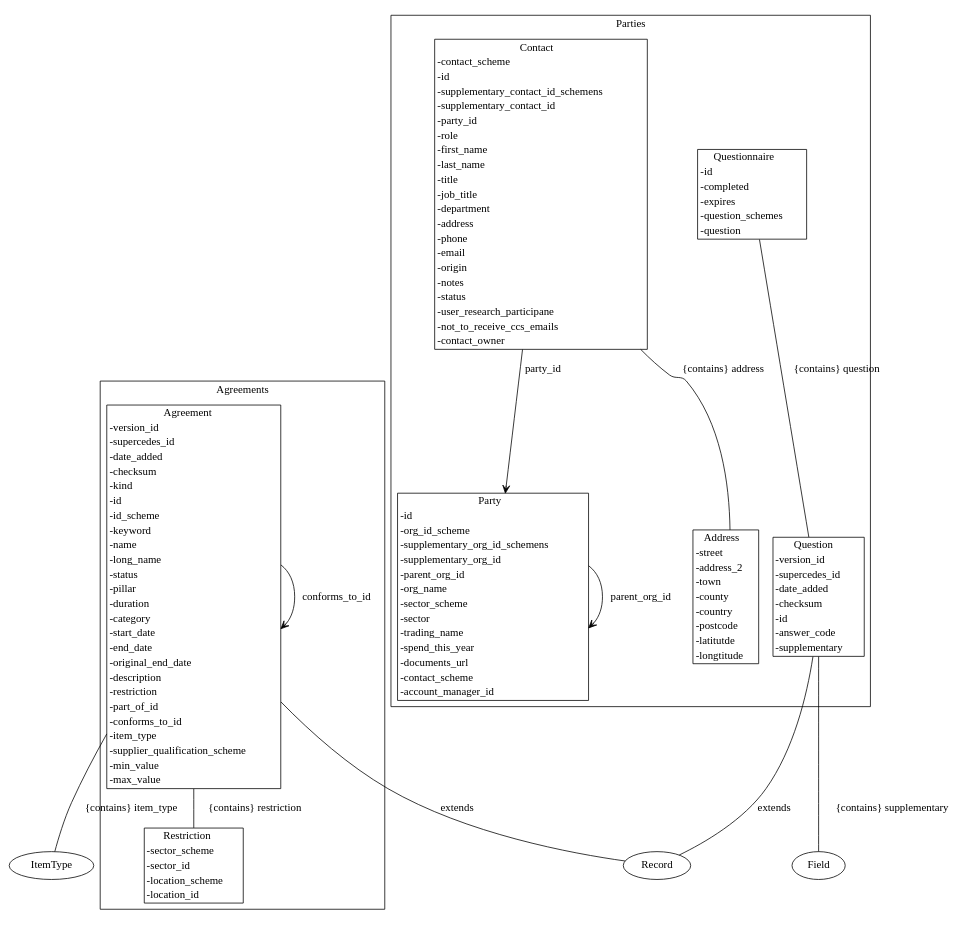
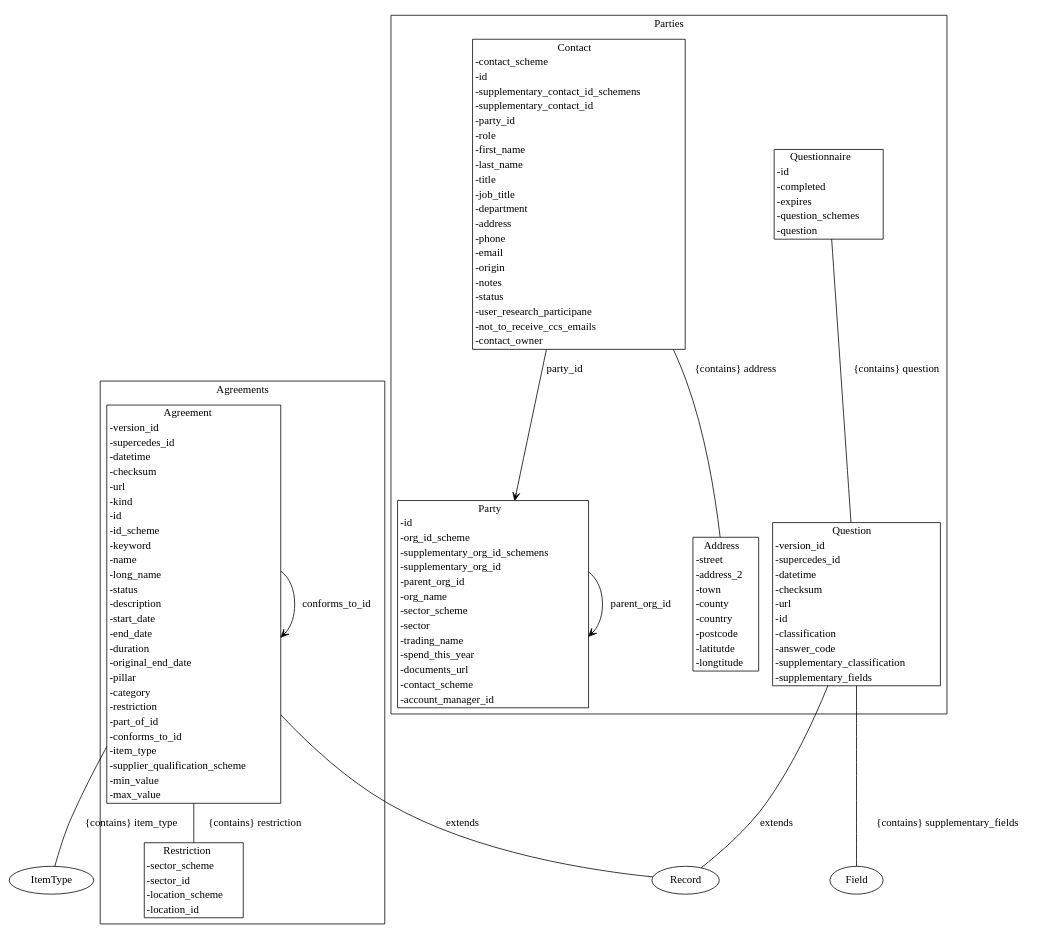
The diagram in gen/diagrams/metamodel.dot (Crown-Commercial-Service/ccs-data-model), drawn with Graphviz before and after one commit. The commit also changed 42 other files, not shown here.

```diff
--- a/gen/diagrams/metamodel.dot
+++ b/gen/diagrams/metamodel.dot
@@ -1,28 +1,28 @@
 strict digraph {
 subgraph cluster_Agreements {
 node [shape=plaintext margin=0];
 label=Agreements;
 "Restriction" [label=<<table BORDER="1" CELLBORDER="0" CELLSPACING="0"><TH><TD>Restriction</TD></TH><TR><TD ALIGN="LEFT">-sector_scheme</TD></TR><TR><TD ALIGN="LEFT">-sector_id</TD></TR><TR><TD ALIGN="LEFT">-location_scheme</TD></TR><TR><TD ALIGN="LEFT">-location_id</TD></TR></table>>];
-"Agreement" [label=<<table BORDER="1" CELLBORDER="0" CELLSPACING="0"><TH><TD>Agreement</TD></TH><TR><TD ALIGN="LEFT">-version_id</TD></TR><TR><TD ALIGN="LEFT">-supercedes_id</TD></TR><TR><TD ALIGN="LEFT">-date_added</TD></TR><TR><TD ALIGN="LEFT">-checksum</TD></TR><TR><TD ALIGN="LEFT">-kind</TD></TR><TR><TD ALIGN="LEFT">-id</TD></TR><TR><TD ALIGN="LEFT">-id_scheme</TD></TR><TR><TD ALIGN="LEFT">-keyword</TD></TR><TR><TD ALIGN="LEFT">-name</TD></TR><TR><TD ALIGN="LEFT">-long_name</TD></TR><TR><TD ALIGN="LEFT">-status</TD></TR><TR><TD ALIGN="LEFT">-pillar</TD></TR><TR><TD ALIGN="LEFT">-duration</TD></TR><TR><TD ALIGN="LEFT">-category</TD></TR><TR><TD ALIGN="LEFT">-start_date</TD></TR><TR><TD ALIGN="LEFT">-end_date</TD></TR><TR><TD ALIGN="LEFT">-original_end_date</TD></TR><TR><TD ALIGN="LEFT">-description</TD></TR><TR><TD ALIGN="LEFT">-restriction</TD></TR><TR><TD ALIGN="LEFT">-part_of_id</TD></TR><TR><TD ALIGN="LEFT">-conforms_to_id</TD></TR><TR><TD ALIGN="LEFT">-item_type</TD></TR><TR><TD ALIGN="LEFT">-supplier_qualification_scheme</TD></TR><TR><TD ALIGN="LEFT">-min_value</TD></TR><TR><TD ALIGN="LEFT">-max_value</TD></TR></table>>];
+"Agreement" [label=<<table BORDER="1" CELLBORDER="0" CELLSPACING="0"><TH><TD>Agreement</TD></TH><TR><TD ALIGN="LEFT">-version_id</TD></TR><TR><TD ALIGN="LEFT">-supercedes_id</TD></TR><TR><TD ALIGN="LEFT">-datetime</TD></TR><TR><TD ALIGN="LEFT">-checksum</TD></TR><TR><TD ALIGN="LEFT">-url</TD></TR><TR><TD ALIGN="LEFT">-kind</TD></TR><TR><TD ALIGN="LEFT">-id</TD></TR><TR><TD ALIGN="LEFT">-id_scheme</TD></TR><TR><TD ALIGN="LEFT">-keyword</TD></TR><TR><TD ALIGN="LEFT">-name</TD></TR><TR><TD ALIGN="LEFT">-long_name</TD></TR><TR><TD ALIGN="LEFT">-status</TD></TR><TR><TD ALIGN="LEFT">-description</TD></TR><TR><TD ALIGN="LEFT">-start_date</TD></TR><TR><TD ALIGN="LEFT">-end_date</TD></TR><TR><TD ALIGN="LEFT">-duration</TD></TR><TR><TD ALIGN="LEFT">-original_end_date</TD></TR><TR><TD ALIGN="LEFT">-pillar</TD></TR><TR><TD ALIGN="LEFT">-category</TD></TR><TR><TD ALIGN="LEFT">-restriction</TD></TR><TR><TD ALIGN="LEFT">-part_of_id</TD></TR><TR><TD ALIGN="LEFT">-conforms_to_id</TD></TR><TR><TD ALIGN="LEFT">-item_type</TD></TR><TR><TD ALIGN="LEFT">-supplier_qualification_scheme</TD></TR><TR><TD ALIGN="LEFT">-min_value</TD></TR><TR><TD ALIGN="LEFT">-max_value</TD></TR></table>>];
 }
 subgraph cluster_Parties {
 node [shape=plaintext margin=0];
 label=Parties;
-"Question" [label=<<table BORDER="1" CELLBORDER="0" CELLSPACING="0"><TH><TD>Question</TD></TH><TR><TD ALIGN="LEFT">-version_id</TD></TR><TR><TD ALIGN="LEFT">-supercedes_id</TD></TR><TR><TD ALIGN="LEFT">-date_added</TD></TR><TR><TD ALIGN="LEFT">-checksum</TD></TR><TR><TD ALIGN="LEFT">-id</TD></TR><TR><TD ALIGN="LEFT">-answer_code</TD></TR><TR><TD ALIGN="LEFT">-supplementary</TD></TR></table>>];
+"Question" [label=<<table BORDER="1" CELLBORDER="0" CELLSPACING="0"><TH><TD>Question</TD></TH><TR><TD ALIGN="LEFT">-version_id</TD></TR><TR><TD ALIGN="LEFT">-supercedes_id</TD></TR><TR><TD ALIGN="LEFT">-datetime</TD></TR><TR><TD ALIGN="LEFT">-checksum</TD></TR><TR><TD ALIGN="LEFT">-url</TD></TR><TR><TD ALIGN="LEFT">-id</TD></TR><TR><TD ALIGN="LEFT">-classification</TD></TR><TR><TD ALIGN="LEFT">-answer_code</TD></TR><TR><TD ALIGN="LEFT">-supplementary_classification</TD></TR><TR><TD ALIGN="LEFT">-supplementary_fields</TD></TR></table>>];
 "Questionnaire" [label=<<table BORDER="1" CELLBORDER="0" CELLSPACING="0"><TH><TD>Questionnaire</TD></TH><TR><TD ALIGN="LEFT">-id</TD></TR><TR><TD ALIGN="LEFT">-completed</TD></TR><TR><TD ALIGN="LEFT">-expires</TD></TR><TR><TD ALIGN="LEFT">-question_schemes</TD></TR><TR><TD ALIGN="LEFT">-question</TD></TR></table>>];
 "Party" [label=<<table BORDER="1" CELLBORDER="0" CELLSPACING="0"><TH><TD>Party</TD></TH><TR><TD ALIGN="LEFT">-id</TD></TR><TR><TD ALIGN="LEFT">-org_id_scheme</TD></TR><TR><TD ALIGN="LEFT">-supplementary_org_id_schemens</TD></TR><TR><TD ALIGN="LEFT">-supplementary_org_id</TD></TR><TR><TD ALIGN="LEFT">-parent_org_id</TD></TR><TR><TD ALIGN="LEFT">-org_name</TD></TR><TR><TD ALIGN="LEFT">-sector_scheme</TD></TR><TR><TD ALIGN="LEFT">-sector</TD></TR><TR><TD ALIGN="LEFT">-trading_name</TD></TR><TR><TD ALIGN="LEFT">-spend_this_year</TD></TR><TR><TD ALIGN="LEFT">-documents_url</TD></TR><TR><TD ALIGN="LEFT">-contact_scheme</TD></TR><TR><TD ALIGN="LEFT">-account_manager_id</TD></TR></table>>];
 "Address" [label=<<table BORDER="1" CELLBORDER="0" CELLSPACING="0"><TH><TD>Address</TD></TH><TR><TD ALIGN="LEFT">-street</TD></TR><TR><TD ALIGN="LEFT">-address_2</TD></TR><TR><TD ALIGN="LEFT">-town</TD></TR><TR><TD ALIGN="LEFT">-county</TD></TR><TR><TD ALIGN="LEFT">-country</TD></TR><TR><TD ALIGN="LEFT">-postcode</TD></TR><TR><TD ALIGN="LEFT">-latitutde</TD></TR><TR><TD ALIGN="LEFT">-longtitude</TD></TR></table>>];
 "Contact" [label=<<table BORDER="1" CELLBORDER="0" CELLSPACING="0"><TH><TD>Contact</TD></TH><TR><TD ALIGN="LEFT">-contact_scheme</TD></TR><TR><TD ALIGN="LEFT">-id</TD></TR><TR><TD ALIGN="LEFT">-supplementary_contact_id_schemens</TD></TR><TR><TD ALIGN="LEFT">-supplementary_contact_id</TD></TR><TR><TD ALIGN="LEFT">-party_id</TD></TR><TR><TD ALIGN="LEFT">-role</TD></TR><TR><TD ALIGN="LEFT">-first_name</TD></TR><TR><TD ALIGN="LEFT">-last_name</TD></TR><TR><TD ALIGN="LEFT">-title</TD></TR><TR><TD ALIGN="LEFT">-job_title</TD></TR><TR><TD ALIGN="LEFT">-department</TD></TR><TR><TD ALIGN="LEFT">-address</TD></TR><TR><TD ALIGN="LEFT">-phone</TD></TR><TR><TD ALIGN="LEFT">-email</TD></TR><TR><TD ALIGN="LEFT">-origin</TD></TR><TR><TD ALIGN="LEFT">-notes</TD></TR><TR><TD ALIGN="LEFT">-status</TD></TR><TR><TD ALIGN="LEFT">-user_research_participane</TD></TR><TR><TD ALIGN="LEFT">-not_to_receive_ccs_emails</TD></TR><TR><TD ALIGN="LEFT">-contact_owner</TD></TR></table>>];
 }
 "Agreement" -> "Record" [label="extends" arrowhead = "none" arrowtail = "normal" ];
 "Agreement" -> "Restriction" [label="{contains} restriction" arrowhead = "none" arrowtail = "diamond" ];
 "Agreement" -> "Agreement" [label="part_of_id" arrowhead = "open" arrowtail = "none" ];
 "Agreement" -> "Agreement" [label="conforms_to_id" arrowhead = "open" arrowtail = "none" ];
 "Agreement" -> "ItemType" [label="{contains} item_type" arrowhead = "none" arrowtail = "diamond" ];
 "Question" -> "Record" [label="extends" arrowhead = "none" arrowtail = "normal" ];
-"Question" -> "Field" [label="{contains} supplementary" arrowhead = "none" arrowtail = "diamond" ];
+"Question" -> "Field" [label="{contains} supplementary_fields" arrowhead = "none" arrowtail = "diamond" ];
 "Questionnaire" -> "Question" [label="{contains} question" arrowhead = "none" arrowtail = "diamond" ];
 "Party" -> "Party" [label="parent_org_id" arrowhead = "open" arrowtail = "none" ];
 "Contact" -> "Party" [label="party_id" arrowhead = "open" arrowtail = "none" ];
 "Contact" -> "Address" [label="{contains} address" arrowhead = "none" arrowtail = "diamond" ];
 }
```
